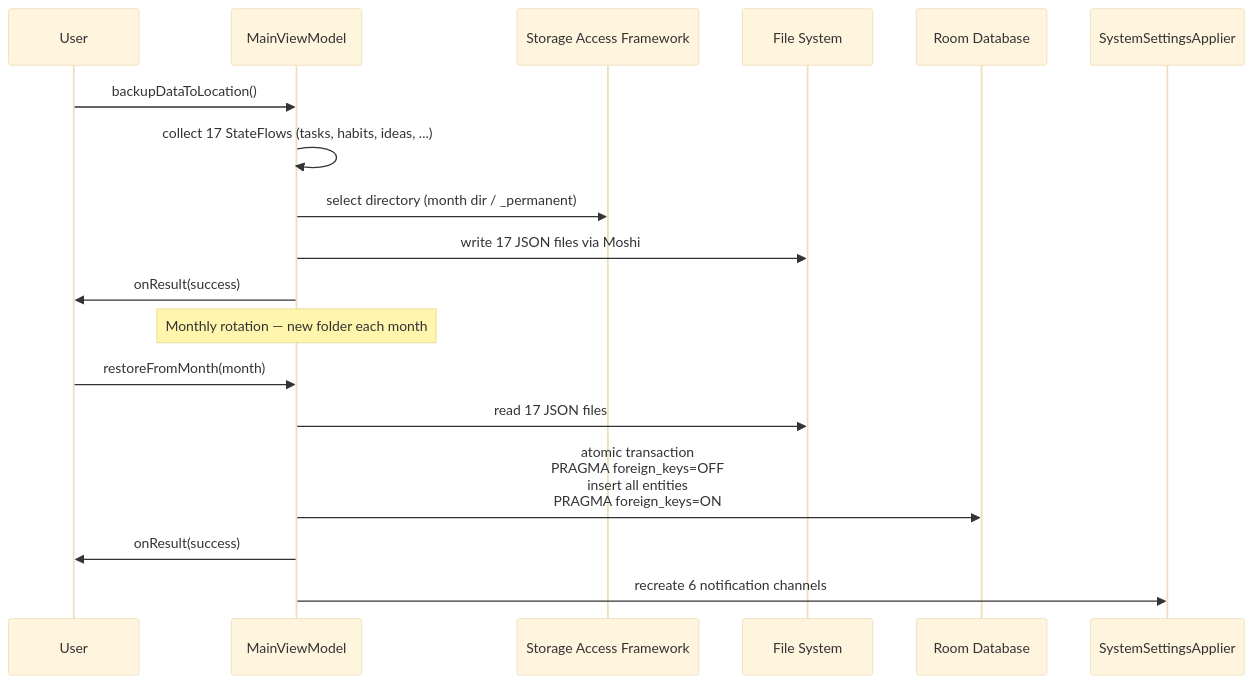
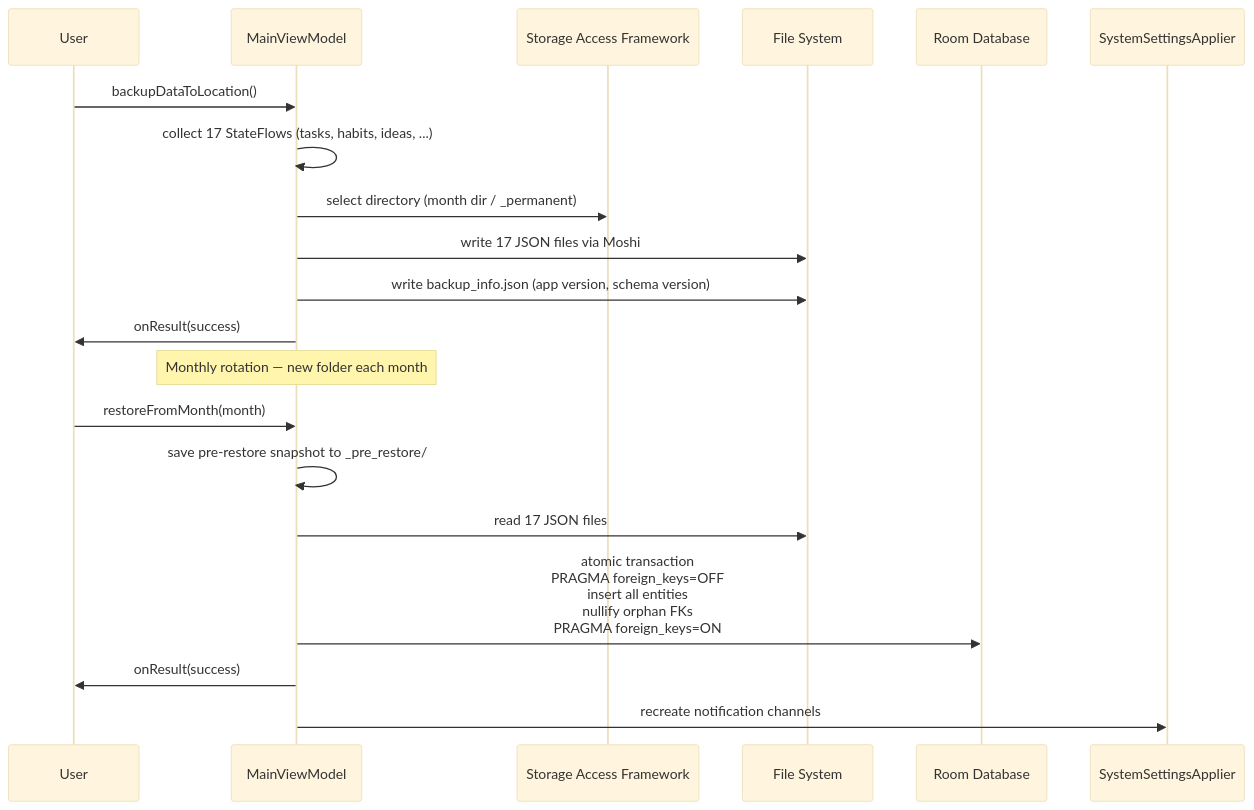
The fifth of 8 diagrams in README.md (Alireza-Sotoodeh/MyPlanner), drawn with Mermaid (base theme) before and after one commit. The commit also changed other lines of this file and 6 other files, not shown here.

First line of the commit message:
fix(backup): harden backup/restore system with 10 fixes

````diff
--- a/README.md
+++ b/README.md
@@ -124,23 +124,25 @@
 ```mermaid
 sequenceDiagram
     participant U as User
     participant VM as MainViewModel
     participant SAF as Storage Access Framework
     participant FS as File System
     participant DB as Room Database
     
     U->>VM: backupDataToLocation()
     VM->>VM: collect 17 StateFlows (tasks, habits, ideas, ...)
     VM->>SAF: select directory (month dir / _permanent)
     VM->>FS: write 17 JSON files via Moshi
+    VM->>FS: write backup_info.json (app version, schema version)
     VM->>U: onResult(success)
     
     Note over VM: Monthly rotation — new folder each month
     
     U->>VM: restoreFromMonth(month)
+    VM->>VM: save pre-restore snapshot to _pre_restore/
     VM->>FS: read 17 JSON files
-    VM->>DB: atomic transaction<br/>PRAGMA foreign_keys=OFF<br/>insert all entities<br/>PRAGMA foreign_keys=ON
+    VM->>DB: atomic transaction<br/>PRAGMA foreign_keys=OFF<br/>insert all entities<br/>nullify orphan FKs<br/>PRAGMA foreign_keys=ON
     VM->>U: onResult(success)
     
-    VM->>SystemSettingsApplier: recreate 6 notification channels
+    VM->>SystemSettingsApplier: recreate notification channels
 ```
````
